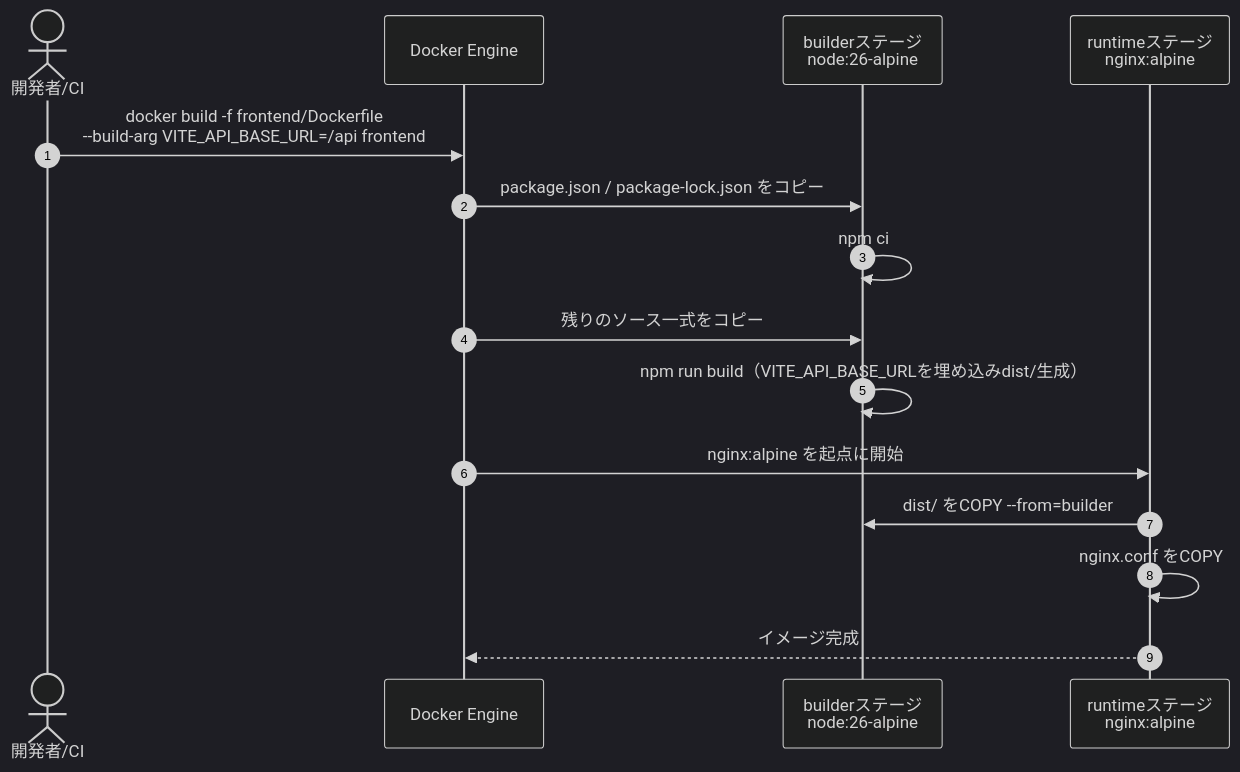
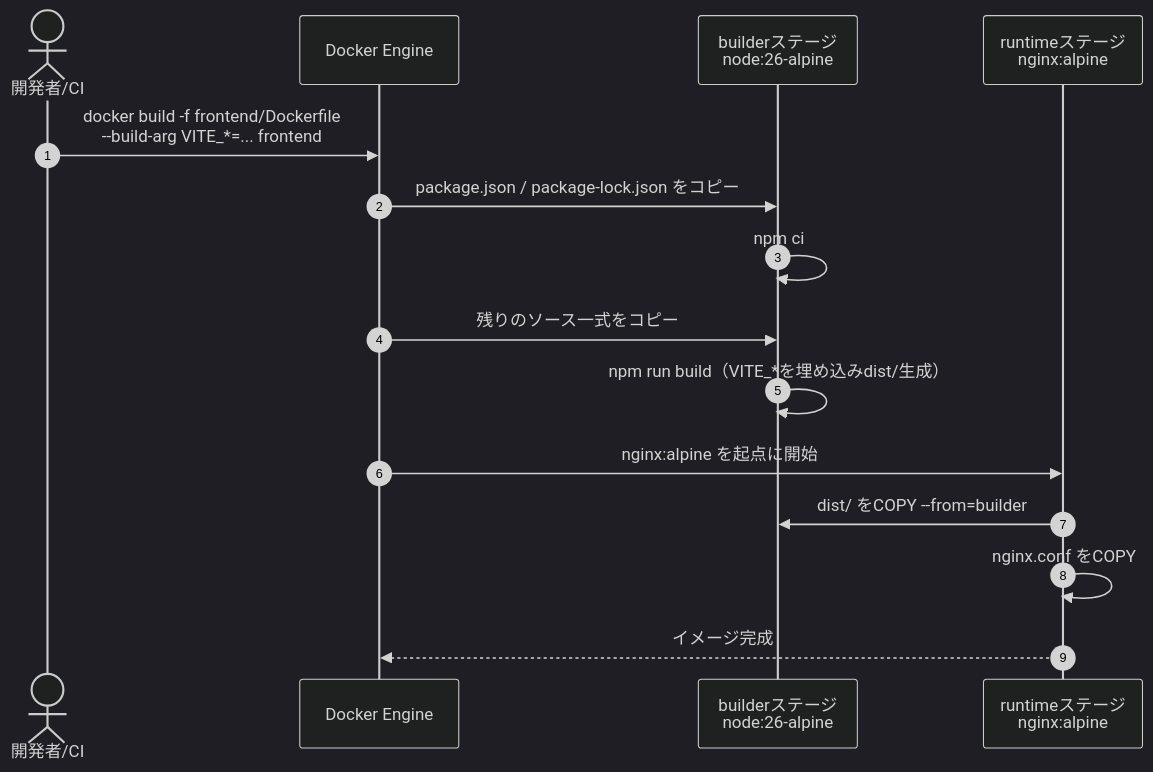
Before and after one commit to oikawa-d/task_management: the first of 4 diagrams in docs/detailed_design/infra/03_dockerfile_frontend.md, drawn with Mermaid (dark theme). The commit also changed other lines of this file and 6 other files, not shown here.

````diff
--- a/docs/detailed_design/infra/03_dockerfile_frontend.md
+++ b/docs/detailed_design/infra/03_dockerfile_frontend.md
@@ -49,18 +52,18 @@
 ```mermaid
 sequenceDiagram
     autonumber
     actor DEV as 開発者/CI
     participant DOCKER as Docker Engine
     participant BLD as builderステージ<br/>node:26-alpine
     participant RT as runtimeステージ<br/>nginx:alpine
 
-    DEV->>DOCKER: docker build -f frontend/Dockerfile<br/>--build-arg VITE_API_BASE_URL=/api frontend
+    DEV->>DOCKER: docker build -f frontend/Dockerfile<br/>--build-arg VITE_*=... frontend
     DOCKER->>BLD: package.json / package-lock.json をコピー
     BLD->>BLD: npm ci
     DOCKER->>BLD: 残りのソース一式をコピー
-    BLD->>BLD: npm run build（VITE_API_BASE_URLを埋め込みdist/生成）
+    BLD->>BLD: npm run build（VITE_*を埋め込みdist/生成）
     DOCKER->>RT: nginx:alpine を起点に開始
     RT->>BLD: dist/ をCOPY --from=builder
     RT->>RT: nginx.conf をCOPY
     RT-->>DOCKER: イメージ完成
 ```
````
